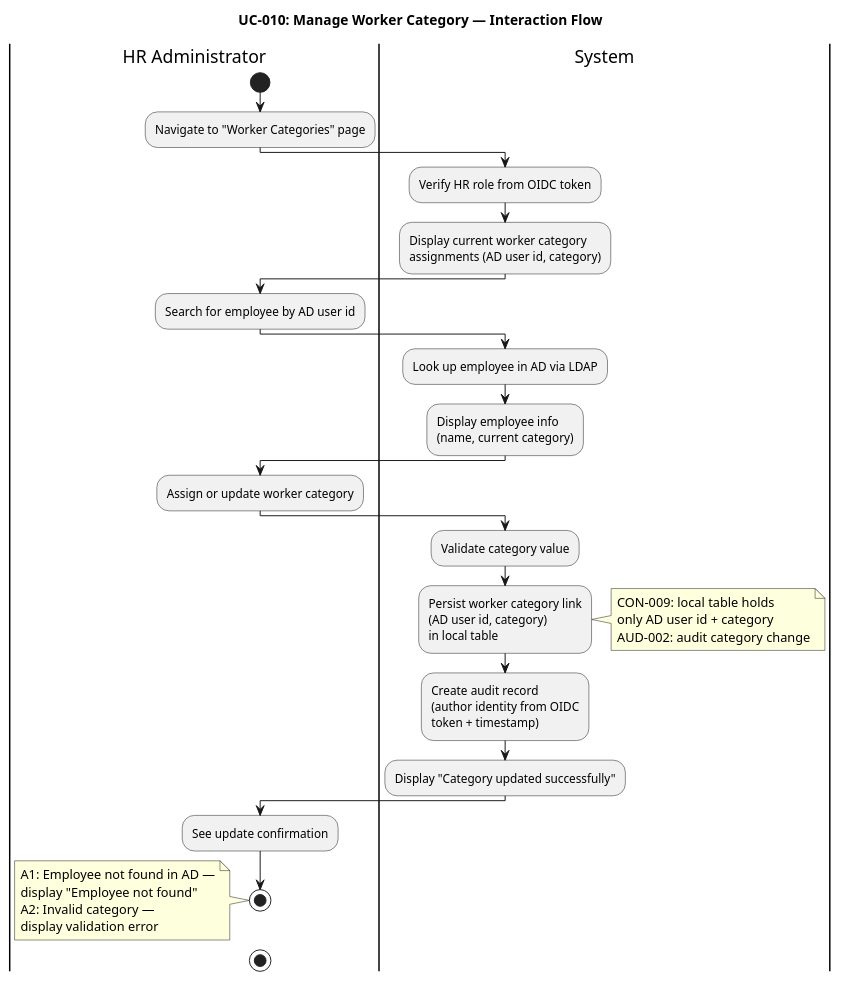
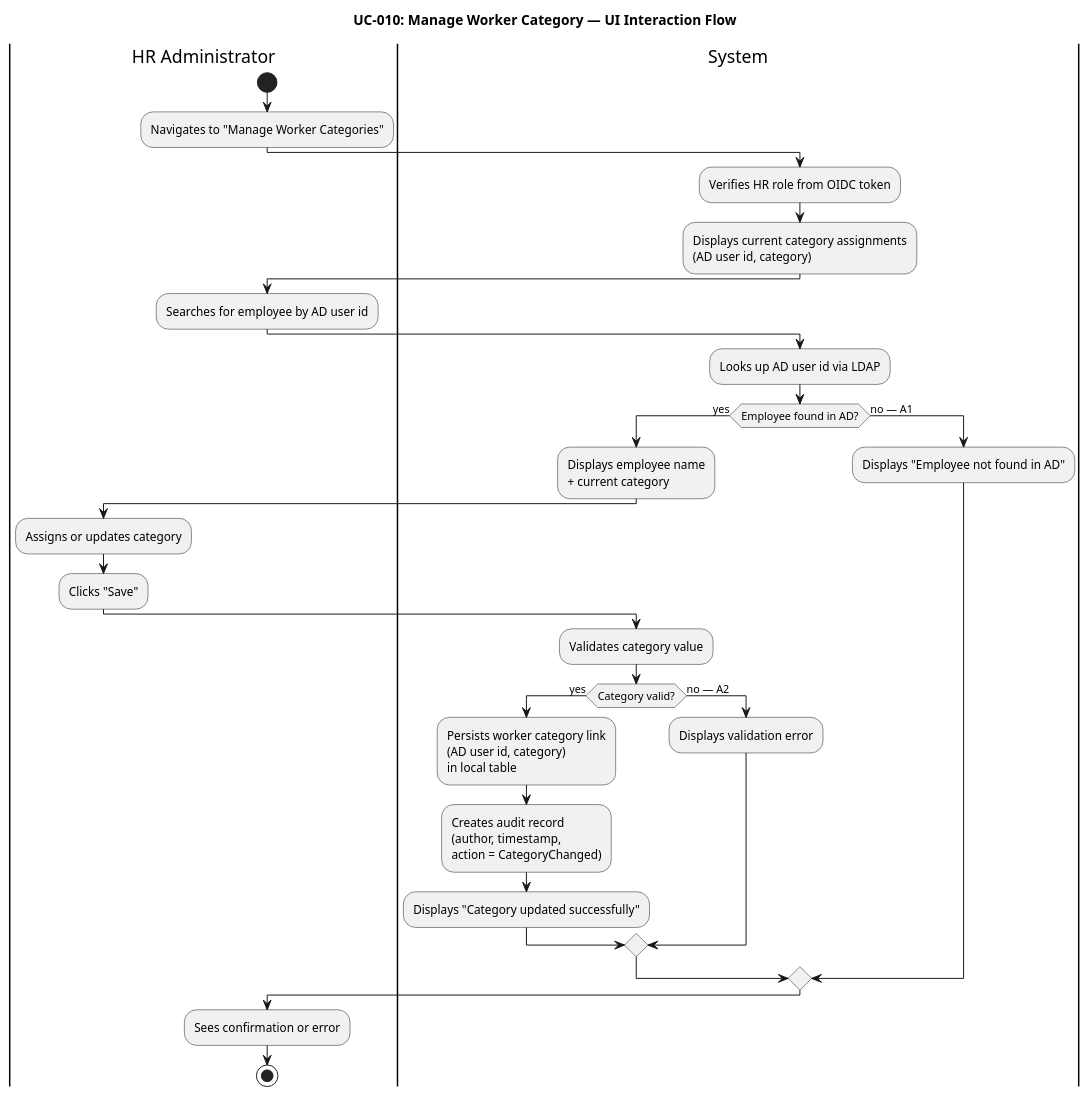
Before and after one commit to banense-test/portal-cuba-corp: diagram 26 of 32 in docs/artifacts/analysis---design/design-model.md, drawn with PlantUML. The commit also changed other lines of this file, not shown here.

First line of the commit message:
User Interface Designer [E1]: upsert Design Model

````diff
--- a/docs/artifacts/analysis---design/design-model.md
+++ b/docs/artifacts/analysis---design/design-model.md
@@ -2194,40 +2048,36 @@
 ```plantuml
 @startuml
-title UC-010: Manage Worker Category — Interaction Flow
-
-|HR Administrator|
-|System|
+title UC-010: Manage Worker Category — UI Interaction Flow
 
 |HR Administrator|
 start
-:Navigate to "Worker Categories" page;
+:Navigates to "Manage Worker Categories";
 |System|
-:Verify HR role from OIDC token;
+:Verifies HR role from OIDC token;
+:Displays current category assignments\n(AD user id, category);
+|HR Administrator|
+:Searches for employee by AD user id;
 |System|
-:Display current worker category\nassignments (AD user id, category);
+:Looks up AD user id via LDAP;
+if (Employee found in AD?) then (yes)
+  :Displays employee name\n+ current category;
+  |HR Administrator|
+  :Assigns or updates category;
+  :Clicks "Save";
+  |System|
+  :Validates category value;
+  if (Category valid?) then (yes)
+    :Persists worker category link\n(AD user id, category)\nin local table;
+    :Creates audit record\n(author, timestamp,\naction = CategoryChanged);
+    :Displays "Category updated successfully";
+  else (no — A2)
+    :Displays validation error;
+  endif
+else (no — A1)
+  :Displays "Employee not found in AD";
+endif
 |HR Administrator|
-:Search for employee by AD user id;
-|System|
-:Look up employee in AD via LDAP;
-|System|
-:Display employee info\n(name, current category);
-|HR Administrator|
-:Assign or update worker category;
-|System|
-:Validate category value;
-|System|
-:Persist worker category link\n(AD user id, category)\nin local table;
-note right: CON-009: local table holds\nonly AD user id + category\nAUD-002: audit category change
-|System|
-:Create audit record\n(author identity from OIDC\ntoken + timestamp);
-|System|
-:Display "Category updated successfully";
-|HR Administrator|
-:See update confirmation;
-stop
-
-|HR Administrator|
-note left: A1: Employee not found in AD —\ndisplay "Employee not found"\nA2: Invalid category —\ndisplay validation error
+:Sees confirmation or error;
 stop
 @enduml
 ```
````
